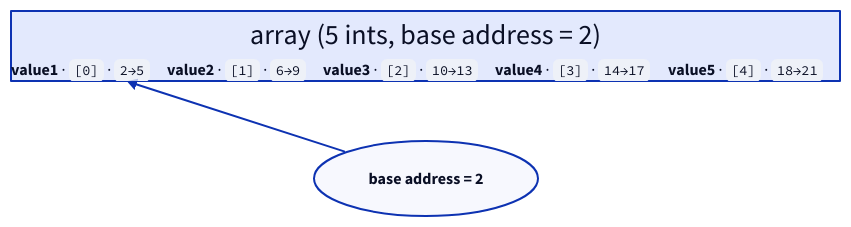
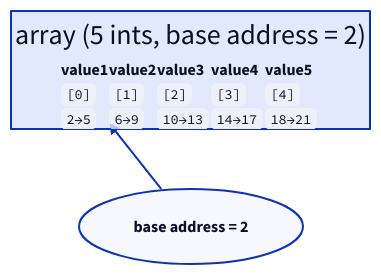
One commit to ani2fun/note-book changed diagram 14 of 19 in src/computer-science/DSA/data-structures/1.arrays/01-introduction.md. Above: the diagram before and after it, drawn with D2. The commit also changed other lines of this file, not shown here.

````diff
--- a/src/computer-science/DSA/data-structures/1.arrays/01-introduction.md
+++ b/src/computer-science/DSA/data-structures/1.arrays/01-introduction.md
@@ -786,28 +786,28 @@
 ```d2
 direction: right
 
 arr: "array (5 ints, base address = 2)" {
   grid-columns: 5
   grid-gap: 0
   e0: |md
-    **value1** · `[0]` · `2→5`
+    **value1**<br/>`[0]`<br/>`2→5`
   |
   e1: |md
-    **value2** · `[1]` · `6→9`
+    **value2**<br/>`[1]`<br/>`6→9`
   |
   e2: |md
-    **value3** · `[2]` · `10→13`
+    **value3**<br/>`[2]`<br/>`10→13`
   |
   e3: |md
-    **value4** · `[3]` · `14→17`
+    **value4**<br/>`[3]`<br/>`14→17`
   |
   e4: |md
-    **value5** · `[4]` · `18→21`
+    **value5**<br/>`[4]`<br/>`18→21`
   |
 }
 
 base: base address = 2 {
   shape: oval
 }
 base -> arr.e0
 ```
````
